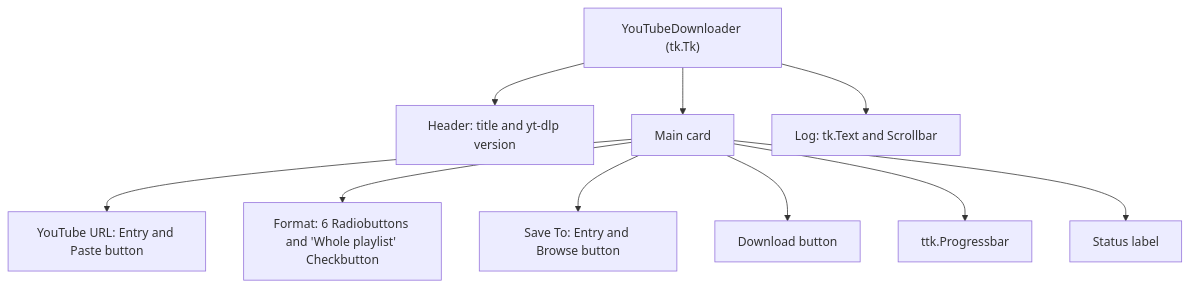
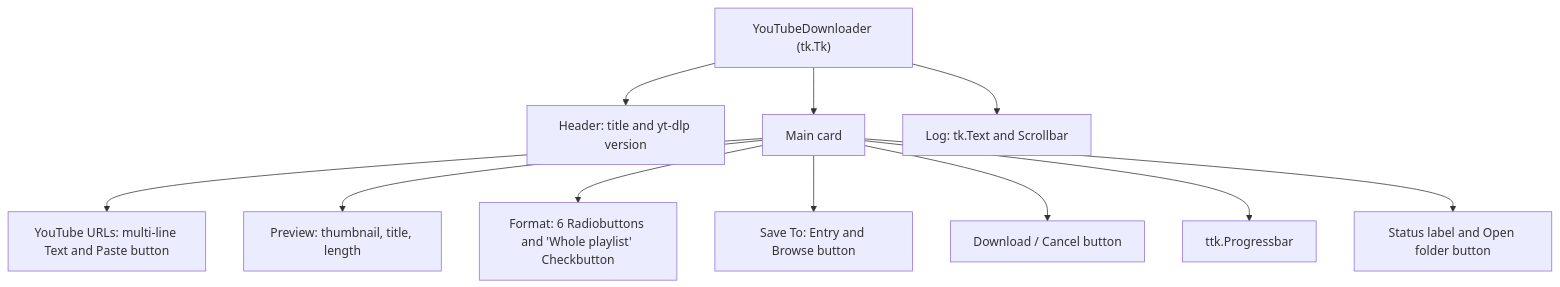
One commit to lifeupnorth/YouTubeDownloader changed the diagram in docs/wiki/06-user-interface.md. Above: the diagram before and after it, drawn with Mermaid. The commit also changed other lines of this file and 9 other files, not shown here.

````diff
--- a/docs/wiki/06-user-interface.md
+++ b/docs/wiki/06-user-interface.md
@@ -16,12 +17,13 @@
 ```mermaid
 flowchart TD
     root["YouTubeDownloader (tk.Tk)"] --> hdr["Header: title and yt-dlp version"]
     root --> card["Main card"]
     root --> log["Log: tk.Text and Scrollbar"]
-    card --> url["YouTube URL: Entry and Paste button"]
+    card --> url["YouTube URLs: multi-line Text and Paste button"]
+    card --> preview["Preview: thumbnail, title, length"]
     card --> fmt["Format: 6 Radiobuttons and 'Whole playlist' Checkbutton"]
     card --> save["Save To: Entry and Browse button"]
-    card --> btn["Download button"]
+    card --> btn["Download / Cancel button"]
     card --> bar["ttk.Progressbar"]
-    card --> status["Status label"]
+    card --> status["Status label and Open folder button"]
 ```
````
